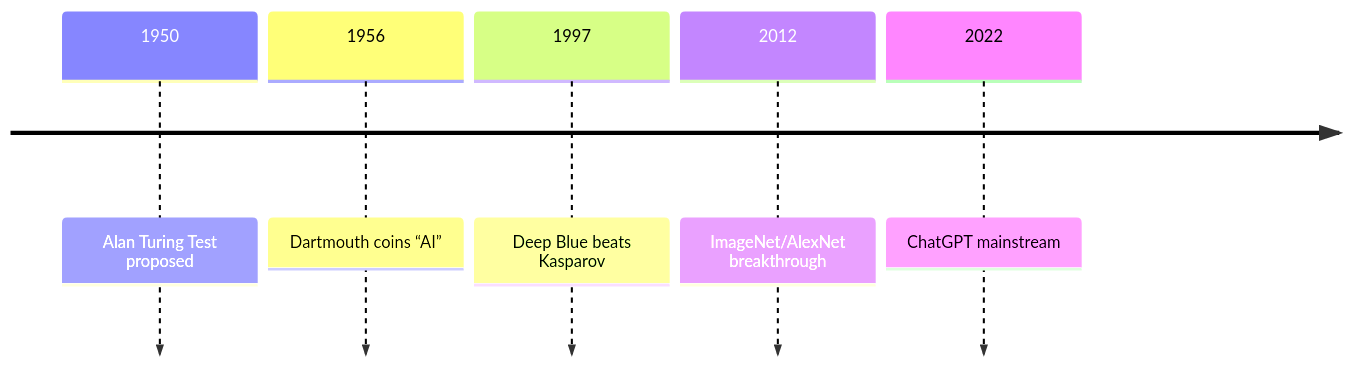
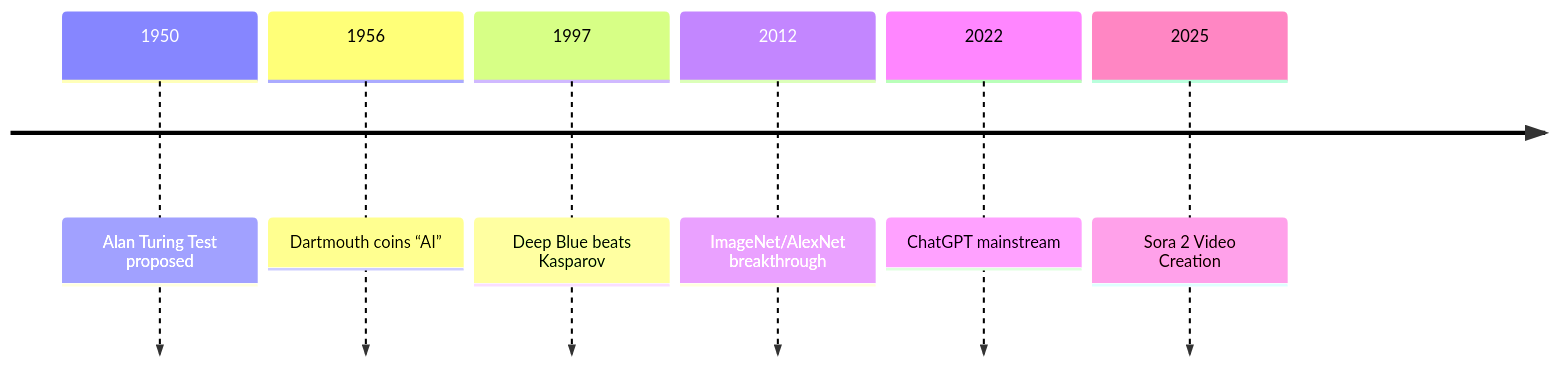
One commit to gtuck/ai-workshop changed the first of 4 diagrams in slides.md. Above: the diagram before and after it, drawn with Mermaid. The commit also changed other lines of this file, not shown here.

````diff
--- a/slides.md
+++ b/slides.md
@@ -120,8 +152,9 @@
 ```mermaid
 timeline
   1950 : Alan Turing Test proposed
   1956 : Dartmouth coins “AI”
   1997 : Deep Blue beats Kasparov
   2012 : ImageNet/AlexNet breakthrough
   2022 : ChatGPT mainstream
+  2025 : Sora 2 Video Creation
 ```
````
